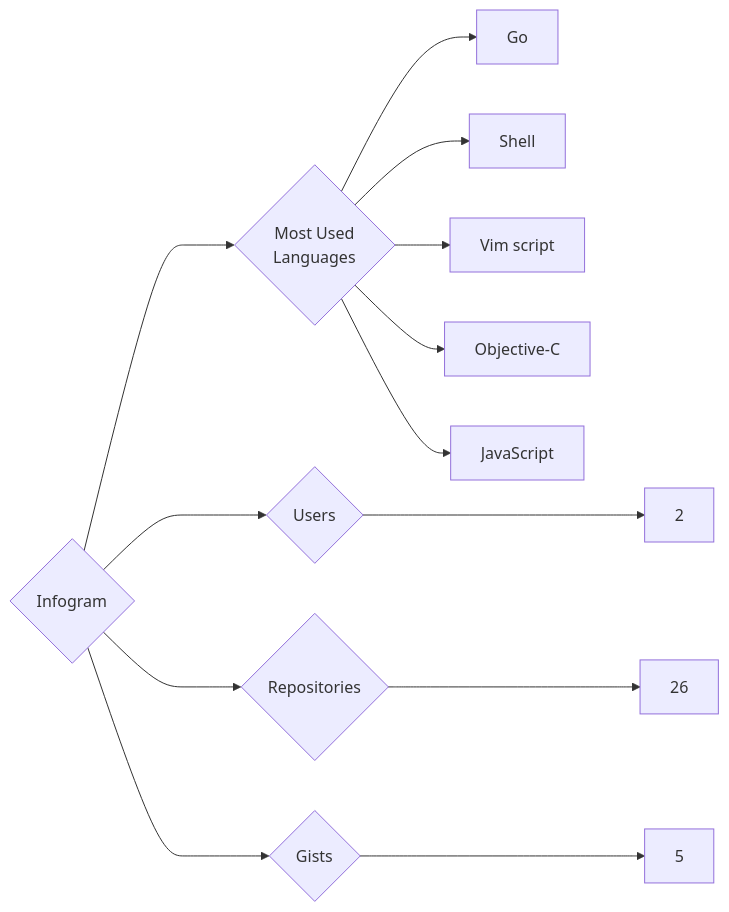
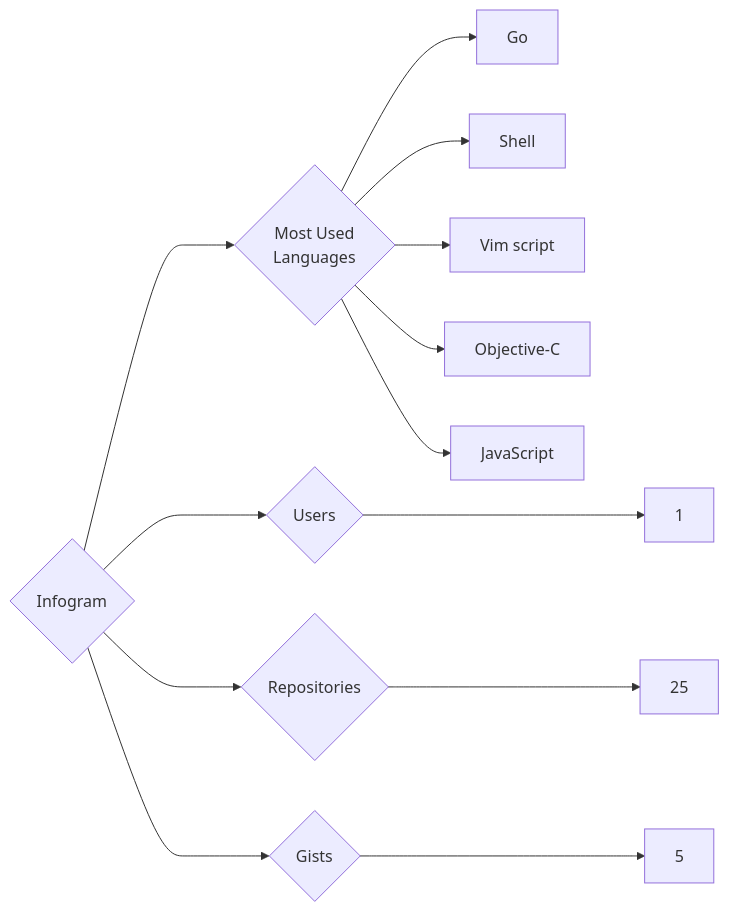
The diagram in targets/Infogram/README.md (trickest/insiders), drawn with Mermaid before and after one commit. The commit also changed 934 other files, not shown here.

````diff
--- a/targets/Infogram/README.md
+++ b/targets/Infogram/README.md
@@ -3,13 +3,13 @@
 ```mermaid
 graph LR
 COMPANY_NAME{Infogram}
-COMPANY_NAME ---> U{Users} ---> UN[2]
-COMPANY_NAME ---> R{Repositories} ---> RN[26]
+COMPANY_NAME ---> U{Users} ---> UN[1]
+COMPANY_NAME ---> R{Repositories} ---> RN[25]
 COMPANY_NAME ---> G{Gists} ---> GN[5]
 COMPANY_NAME ---> ML{Most Used<br>Languages}
 ML --> Go[Go]
 ML --> Shell[Shell]
 ML --> Vim_script[Vim script]
 ML --> Objective-C[Objective-C]
 ML --> JavaScript[JavaScript]
 ```
````
